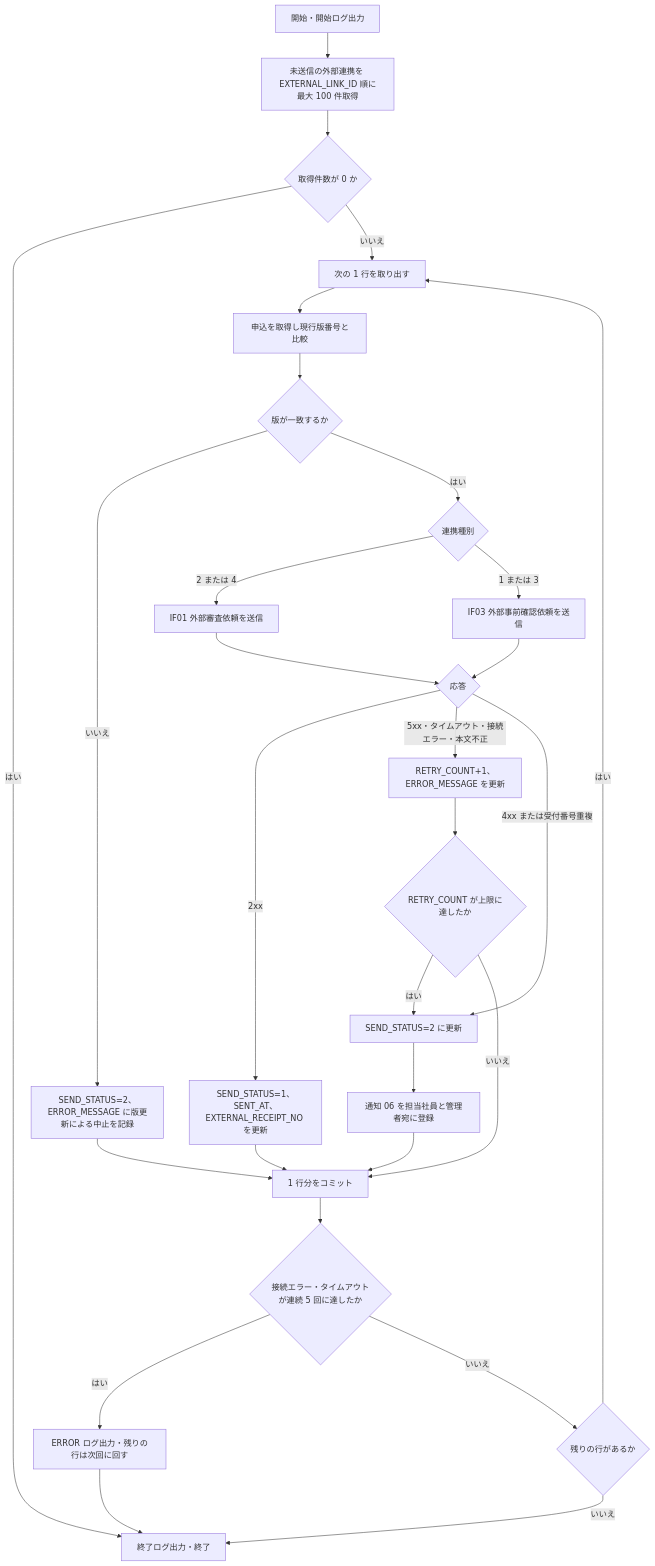
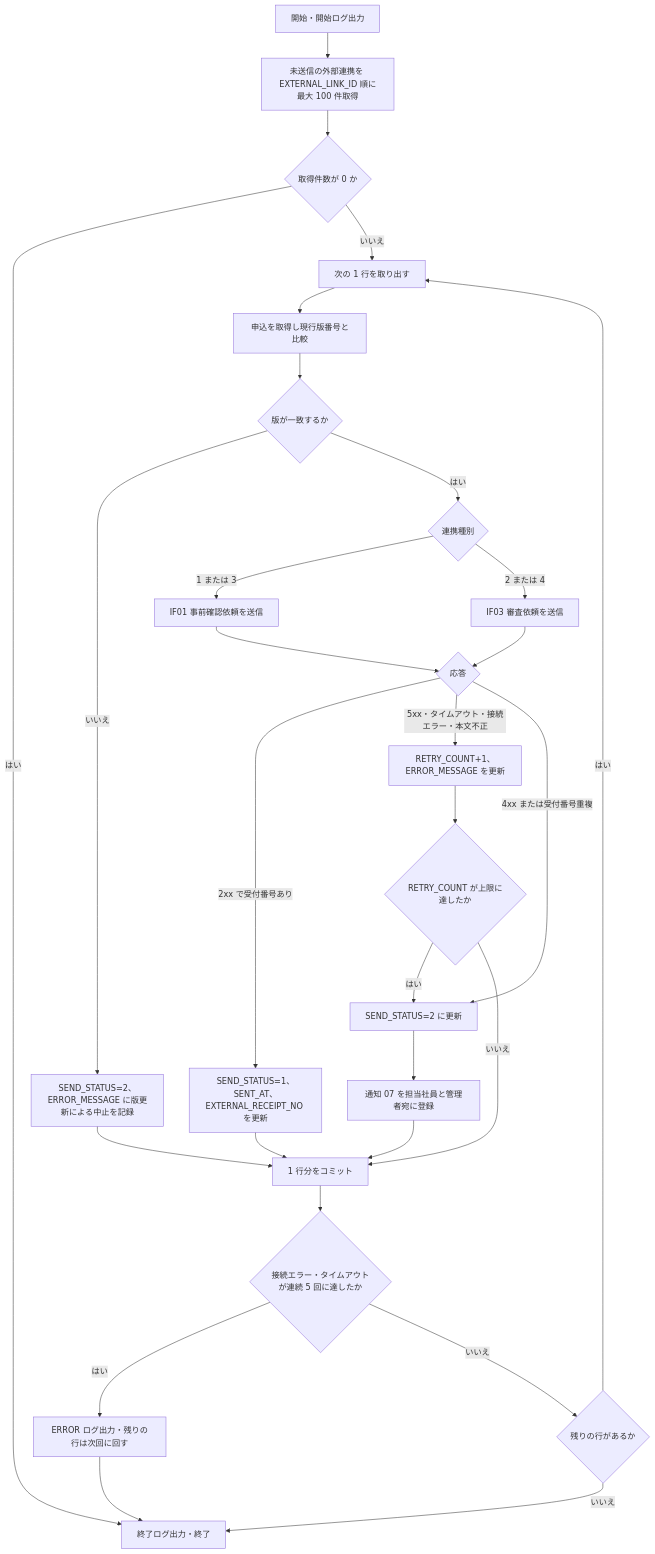
The second of 2 diagrams in docs/basic-design/13-batch-notification.md (yasudaProduct/JavaServletSample2), drawn with Mermaid before and after one commit. The commit also changed other lines of this file and 26 other files, not shown here.

````diff
--- a/docs/basic-design/13-batch-notification.md
+++ b/docs/basic-design/13-batch-notification.md
@@ -268,31 +329,31 @@
 ```mermaid
 flowchart TB
     S[開始・開始ログ出力] --> Q[未送信の外部連携を EXTERNAL_LINK_ID 順に最大 100 件取得]
     Q --> C1{取得件数が 0 か}
     C1 -- はい --> E[終了ログ出力・終了]
     C1 -- いいえ --> LOOP[次の 1 行を取り出す]
     LOOP --> VER[申込を取得し現行版番号と比較]
     VER --> C2{版が一致するか}
     C2 -- いいえ --> ABORT[SEND_STATUS=2、ERROR_MESSAGE に版更新による中止を記録]
     C2 -- はい --> C3{連携種別}
-    C3 -- 2 または 4 --> IF01[IF01 外部審査依頼を送信]
-    C3 -- 1 または 3 --> IF03[IF03 外部事前確認依頼を送信]
+    C3 -- 1 または 3 --> IF01[IF01 事前確認依頼を送信]
+    C3 -- 2 または 4 --> IF03[IF03 審査依頼を送信]
     IF01 --> RES{応答}
     IF03 --> RES
-    RES -- 2xx --> OK[SEND_STATUS=1、SENT_AT、EXTERNAL_RECEIPT_NO を更新]
+    RES -- 2xx で受付番号あり --> OK[SEND_STATUS=1、SENT_AT、EXTERNAL_RECEIPT_NO を更新]
     RES -- 5xx・タイムアウト・接続エラー・本文不正 --> NG[RETRY_COUNT+1、ERROR_MESSAGE を更新]
     NG --> C4{RETRY_COUNT が上限に達したか}
     C4 -- はい --> FIX[SEND_STATUS=2 に更新]
     C4 -- いいえ --> COMMIT[1 行分をコミット]
     RES -- 4xx または受付番号重複 --> FIX
-    FIX --> N06[通知 06 を担当社員と管理者宛に登録]
+    FIX --> N07[通知 07 を担当社員と管理者宛に登録]
     OK --> COMMIT
     ABORT --> COMMIT
-    N06 --> COMMIT
+    N07 --> COMMIT
     COMMIT --> C6{接続エラー・タイムアウトが連続 5 回に達したか}
     C6 -- はい --> INFRA[ERROR ログ出力・残りの行は次回に回す]
     INFRA --> E
     C6 -- いいえ --> C5{残りの行があるか}
     C5 -- はい --> LOOP
     C5 -- いいえ --> E
 ```
````
